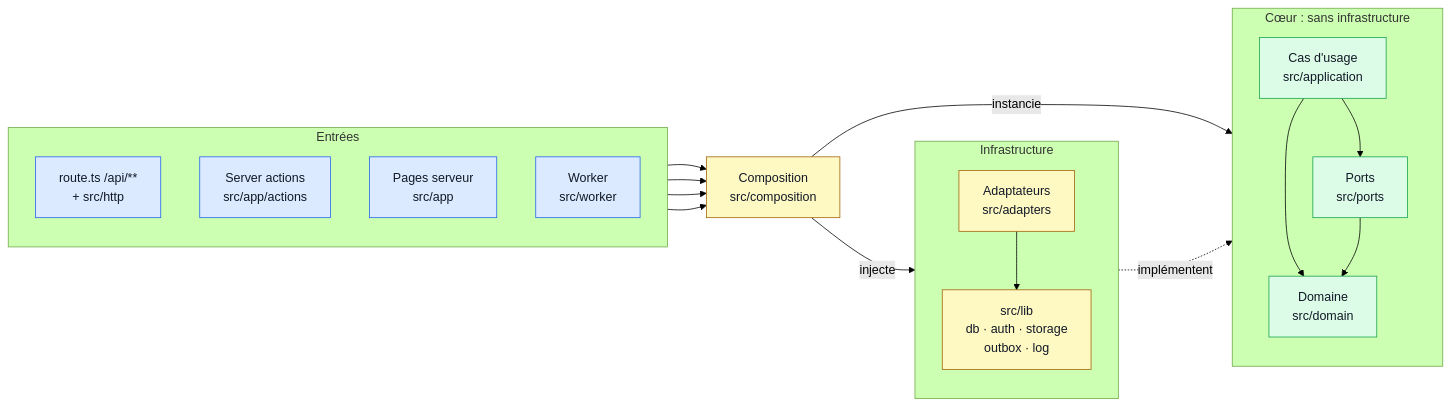
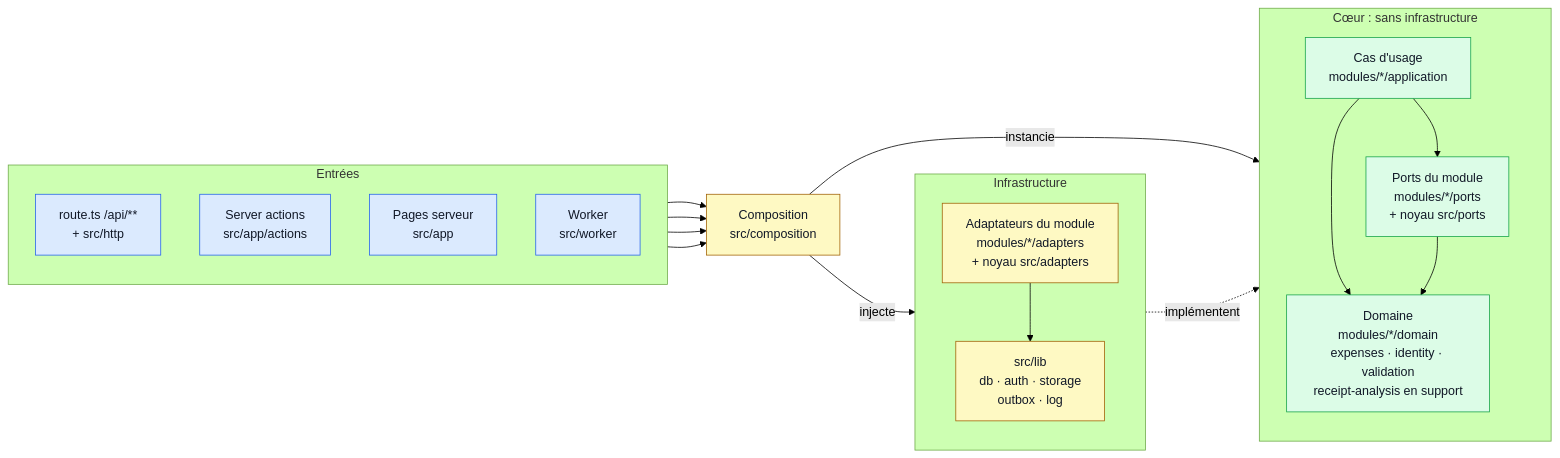
Before and after one commit to 2-MORGAN/expense-io: the diagram in docs/architecture/vues/hexagone.mmd, drawn with Mermaid (forest theme). The commit also changed 195 other files, not shown here.

First line of the commit message:
refactor(modules): un hexagone par module, validation séparée (ADR-002 §3.2) (#55)

```diff
--- a/docs/architecture/vues/hexagone.mmd
+++ b/docs/architecture/vues/hexagone.mmd
@@ -1,42 +1,42 @@
 flowchart LR
   %% Vue écrite à la main : la modifier ici, npm run generate:architecture la recopie dans docs/index.html.
   %% À tenir à jour avec le code (CLAUDE.md, « Documentation développeur »).
 
   subgraph sgEntrees["Entrées"]
     direction TB
     routes["route.ts /api/**<br/>+ src/http"]
     actions["Server actions<br/>src/app/actions"]
     serverPages["Pages serveur<br/>src/app"]
     worker["Worker<br/>src/worker"]
   end
 
   composition["Composition<br/>src/composition"]
 
   subgraph sgCoeur["Cœur : sans infrastructure"]
     direction TB
-    usecases["Cas d'usage<br/>src/application"]
-    ports["Ports<br/>src/ports"]
-    domain["Domaine<br/>src/domain"]
+    usecases["Cas d'usage<br/>modules/*/application"]
+    ports["Ports du module<br/>modules/*/ports<br/>+ noyau src/ports"]
+    domain["Domaine<br/>modules/*/domain<br/>expenses · identity · validation<br/>receipt-analysis en support"]
   end
 
   subgraph sgInfra["Infrastructure"]
     direction TB
-    adapters["Adaptateurs<br/>src/adapters"]
+    adapters["Adaptateurs du module<br/>modules/*/adapters<br/>+ noyau src/adapters"]
     lib["src/lib<br/>db · auth · storage<br/>outbox · log"]
   end
 
   routes & actions & serverPages & worker --> composition
   composition -->|"instancie"| usecases
   composition -->|"injecte"| adapters
   usecases --> ports
   usecases --> domain
   ports --> domain
   adapters -.->|"implémentent"| ports
   adapters --> lib
 
   classDef entree fill:#dbeafe,stroke:#2563eb,color:#111827
   classDef coeur fill:#dcfce7,stroke:#16a34a,color:#111827
   classDef infra fill:#fef9c3,stroke:#a16207,color:#111827
   class routes,actions,serverPages,worker entree
   class usecases,domain,ports coeur
   class composition,adapters,lib infra
```
